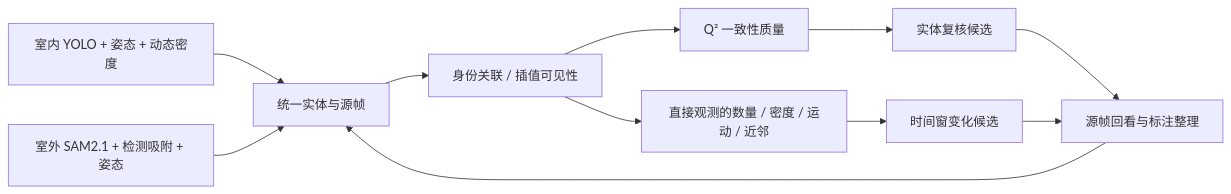
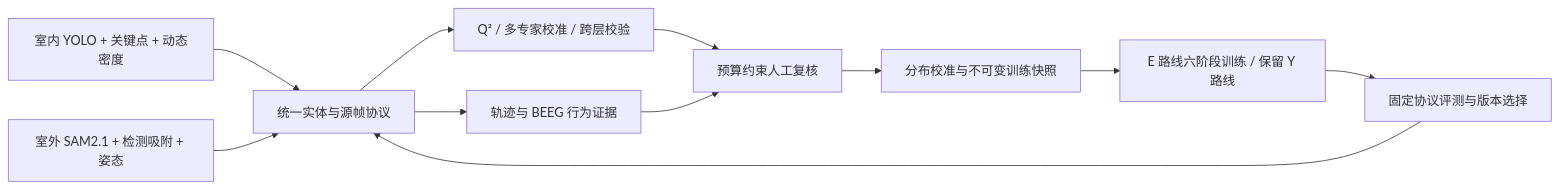
The diagram in README.md (CyberMagician01/label_data_flywheel), drawn with Mermaid before and after one commit. The commit also changed other lines of this file and 8 other files, not shown here.

````diff
--- a/README.md
+++ b/README.md
@@ -9,13 +9,13 @@
 ```mermaid
 flowchart LR
-  A[室内 YOLO + 姿态 + 动态密度] --> C[统一实体与源帧]
+  A[室内 YOLO + 关键点 + 动态密度] --> C[统一实体与源帧协议]
   B[室外 SAM2.1 + 检测吸附 + 姿态] --> C
-  C --> D[身份关联 / 插值可见性]
-  D --> E[Q² 一致性质量]
-  D --> F[直接观测的数量 / 密度 / 运动 / 近邻]
-  E --> G[实体复核候选]
-  F --> H[时间窗变化候选]
-  G --> I[源帧回看与标注整理]
-  H --> I
+  C --> D[Q² / 多专家校准 / 跨层校验]
+  C --> E[轨迹与 BEEG 行为证据]
+  D --> F[预算约束人工复核]
+  E --> F
+  F --> G[分布校准与不可变训练快照]
+  G --> H[E 路线六阶段训练 / 保留 Y 路线]
+  H --> I[固定协议评测与版本选择]
   I --> C
 ```
````
